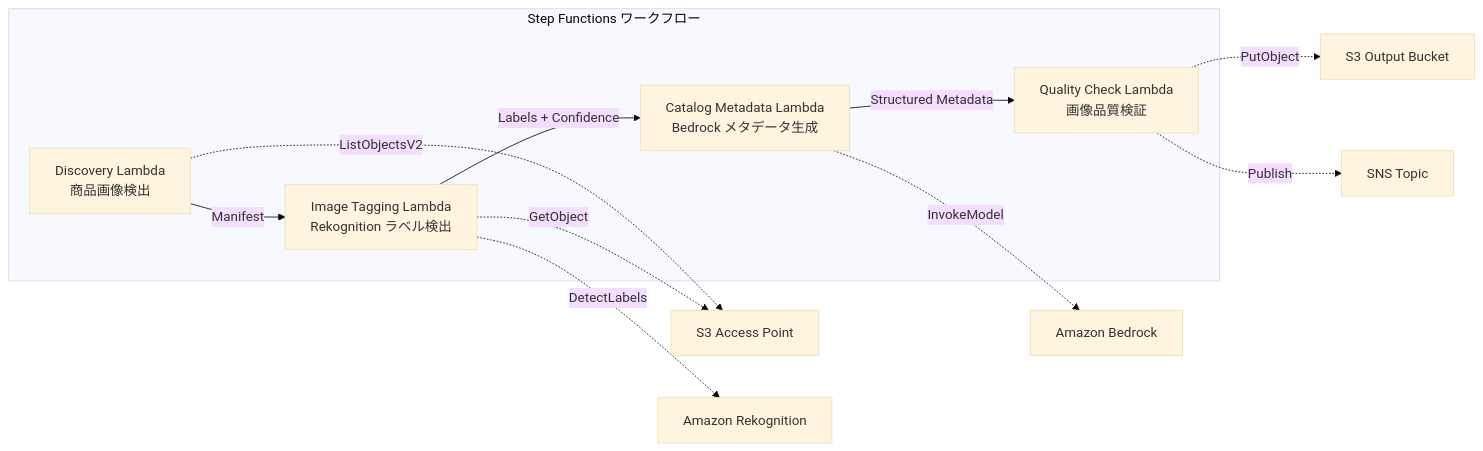
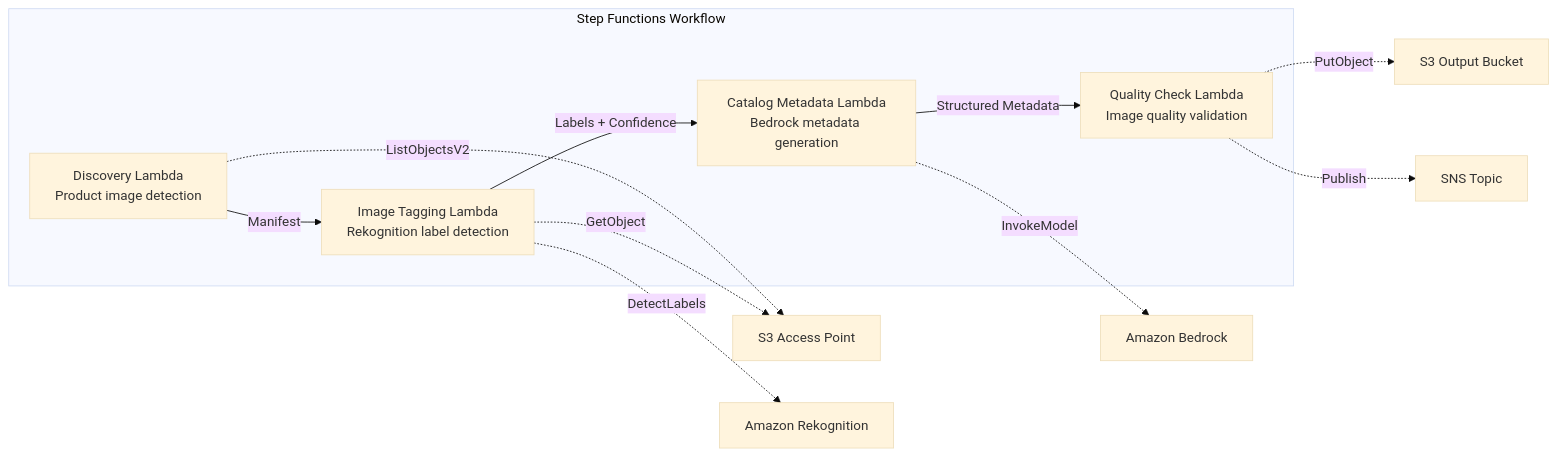
Before and after one commit to Yoshiki0705/FSx-for-ONTAP-S3AccessPoints-Serverless-Patterns: the diagram in solutions/industry/retail-catalog/README.en.md, drawn with Mermaid (base theme). The commit also changed other lines of this file and 20 other files, not shown here.

````diff
--- a/solutions/industry/retail-catalog/README.en.md
+++ b/solutions/industry/retail-catalog/README.en.md
@@ -28,20 +54,20 @@
 ```mermaid
 graph LR
-    subgraph "Step Functions ワークフロー"
-        D[Discovery Lambda<br/>商品画像検出]
-        IT[Image Tagging Lambda<br/>Rekognition ラベル検出]
-        CM[Catalog Metadata Lambda<br/>Bedrock メタデータ生成]
-        QC[Quality Check Lambda<br/>画像品質検証]
+    subgraph "Step Functions Workflow"
+        D[Discovery Lambda<br/>Product image detection]
+        IT[Image Tagging Lambda<br/>Rekognition label detection]
+        CM[Catalog Metadata Lambda<br/>Bedrock metadata generation]
+        QC[Quality Check Lambda<br/>Image quality validation]
     end
 
     D -->|Manifest| IT
     IT -->|Labels + Confidence| CM
     CM -->|Structured Metadata| QC
 
     D -.->|ListObjectsV2| S3AP[S3 Access Point]
     IT -.->|GetObject| S3AP
     IT -.->|DetectLabels| Rekog[Amazon Rekognition]
     CM -.->|InvokeModel| Bedrock[Amazon Bedrock]
     QC -.->|PutObject| S3OUT[S3 Output Bucket]
     QC -.->|Publish| SNS[SNS Topic]
 ```
````
